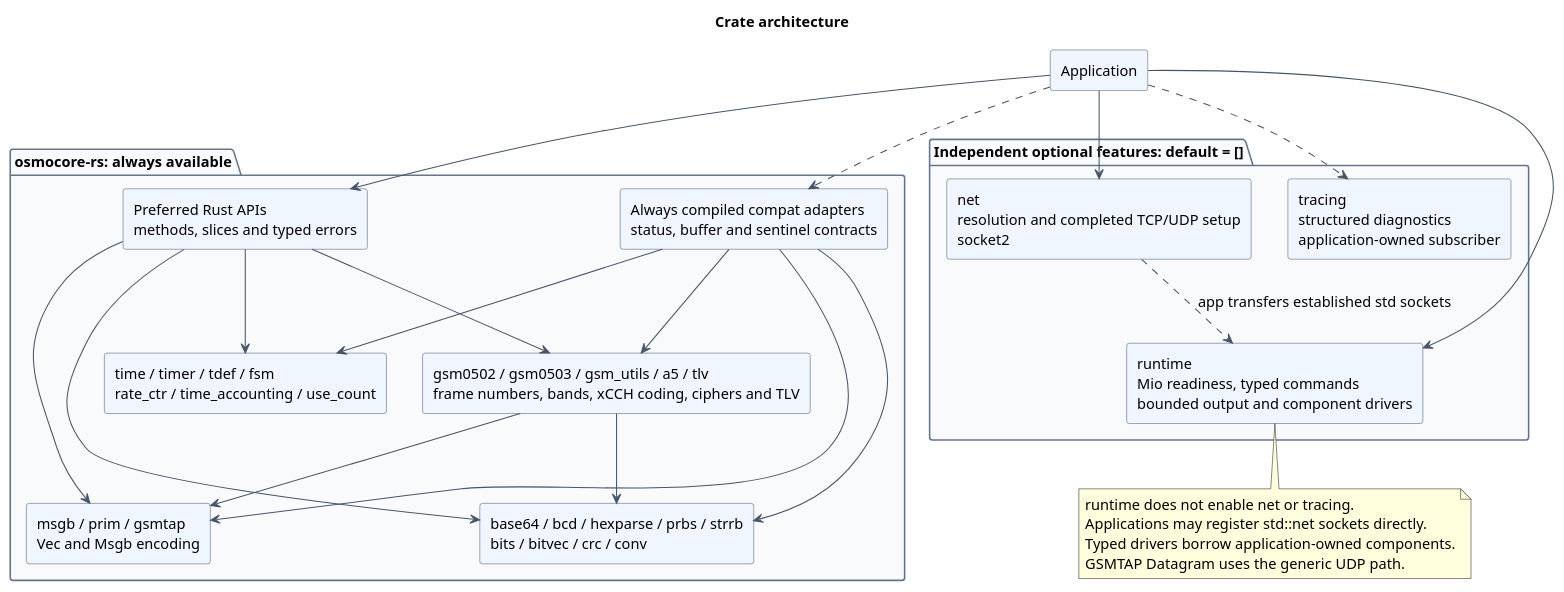
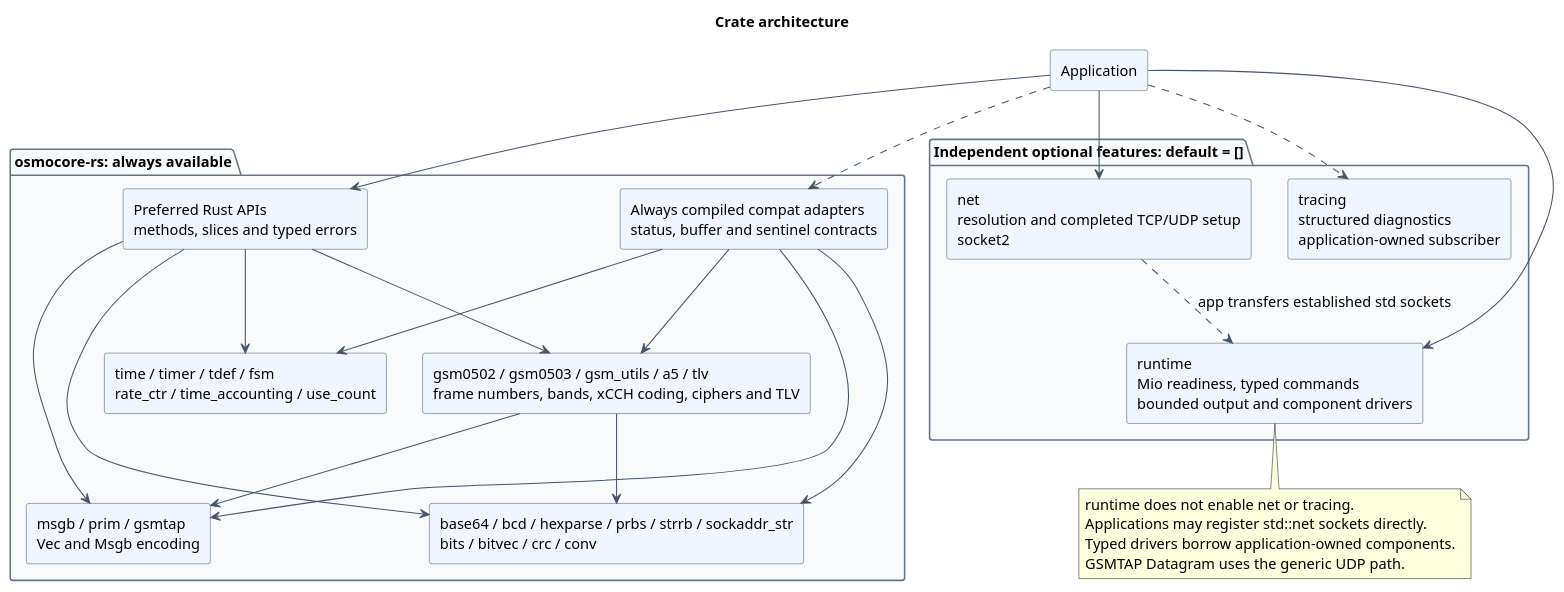
One commit to Silent-Wolf-Labs/osmocore-rs changed the diagram in docs/architecture/diagrams/src/crate-architecture.puml. Above: the diagram before and after it, drawn with PlantUML. The commit also changed 8 other files, not shown here.

Commit message:
docs(sockaddr_str): document IP address strings and left-out C APIs

```diff
--- a/docs/architecture/diagrams/src/crate-architecture.puml
+++ b/docs/architecture/diagrams/src/crate-architecture.puml
@@ -1,50 +1,50 @@
 @startuml
 title Crate architecture
 skinparam backgroundColor white
 skinparam shadowing false
 skinparam componentStyle rectangle
 skinparam defaultFontName SansSerif
 skinparam defaultFontSize 14
 skinparam ArrowColor #475569
 skinparam componentBackgroundColor #EFF6FF
 skinparam componentBorderColor #475569
 skinparam packageBackgroundColor #F8FAFC
 skinparam packageBorderColor #64748B
 top to bottom direction
 component "Application" as app
 package "osmocore-rs: always available" {
 component "Preferred Rust APIs\nmethods, slices and typed errors" as preferred
 component "Always compiled compat adapters\nstatus, buffer and sentinel contracts" as compat
-component "base64 / bcd / hexparse / prbs / strrb\nbits / bitvec / crc / conv" as utilities
+component "base64 / bcd / hexparse / prbs / strrb / sockaddr_str\nbits / bitvec / crc / conv" as utilities
 component "gsm0502 / gsm0503 / gsm_utils / a5 / tlv\nframe numbers, bands, xCCH coding, ciphers and TLV" as gsm
 component "msgb / prim / gsmtap\nVec and Msgb encoding" as messages
 component "time / timer / tdef / fsm\nrate_ctr / time_accounting / use_count" as components
 }
 package "Independent optional features: default = []" {
 component "net\nresolution and completed TCP/UDP setup\nsocket2" as net
 component "runtime\nMio readiness, typed commands\nbounded output and component drivers" as runtime
 component "tracing\nstructured diagnostics\napplication-owned subscriber" as tracing
 }
 app --> preferred
 app ..> compat
 preferred --> utilities
 preferred --> gsm
 preferred --> messages
 preferred --> components
 compat --> utilities
 compat --> gsm
 compat --> messages
 compat --> components
 gsm --> utilities
 gsm --> messages
 app --> net
 app --> runtime
 app ..> tracing
 net ..> runtime : app transfers established std sockets
 note bottom of runtime
 runtime does not enable net or tracing.
 Applications may register std::net sockets directly.
 Typed drivers borrow application-owned components.
 GSMTAP Datagram uses the generic UDP path.
 end note
 @enduml
```
